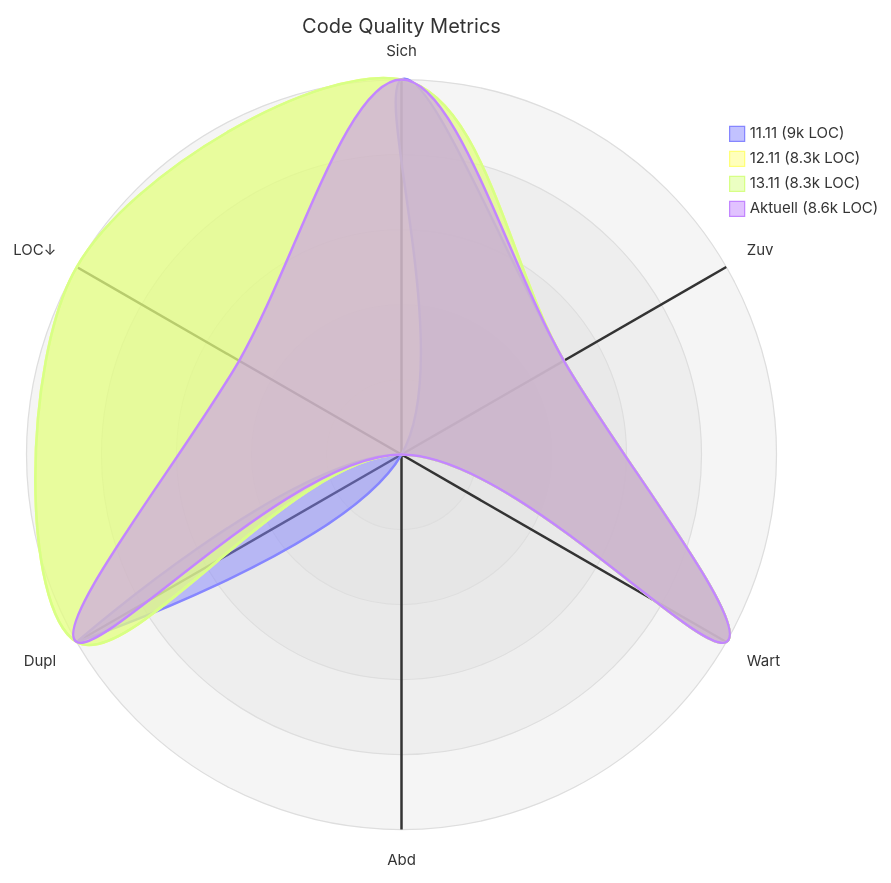
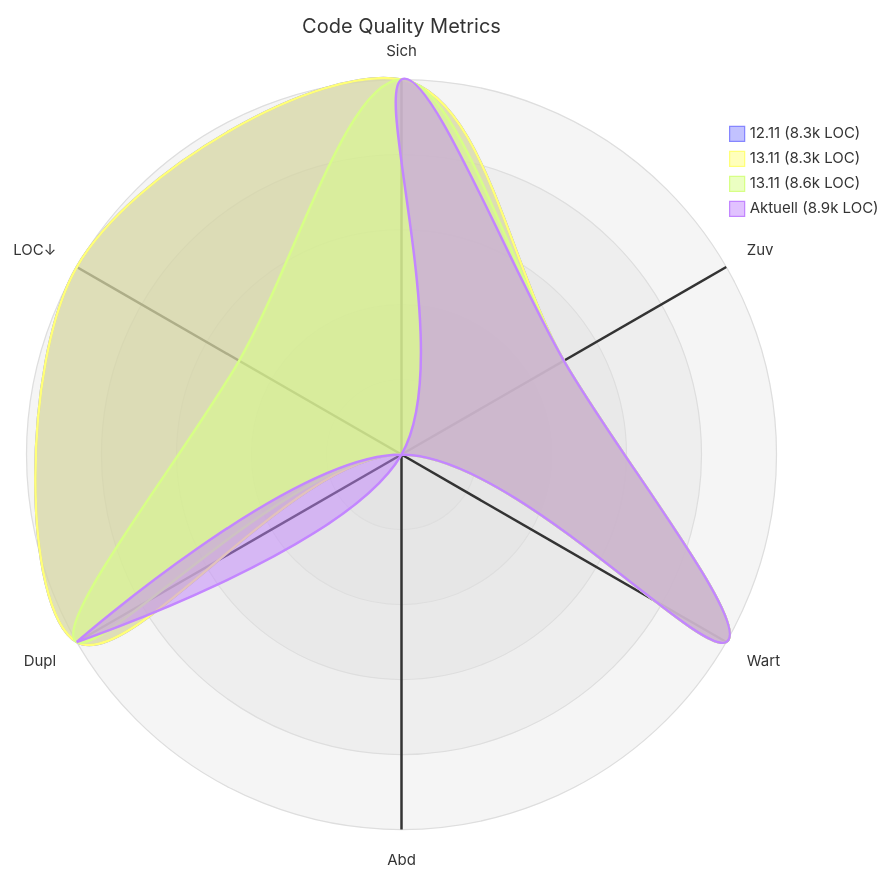
One commit to merlinbecker/rabbitMistralScribe changed the diagram in codequality/report.md. Above: the diagram before and after it, drawn with Mermaid. The commit also changed other lines of this file, not shown here.

````diff
--- a/codequality/report.md
+++ b/codequality/report.md
@@ -5,13 +5,13 @@
 ```mermaid
 ---
 title: "Code Quality Metrics"
 ---
 radar-beta
   axis s["Sich"], r["Zuv"], m["Wart"], c["Abd"], d["Dupl"], l["LOC↓"]
-  curve p_11_11_9k_LOC_["11.11 (9k LOC)"]{5, 3, 5, 0, 5, 1}
   curve p_12_11_8_3k_LOC_["12.11 (8.3k LOC)"]{5, 3, 5, 1, 5, 5}
   curve p_13_11_8_3k_LOC_["13.11 (8.3k LOC)"]{5, 3, 5, 1, 5, 5}
-  curve p_Aktuell_8_6k_LOC_["Aktuell (8.6k LOC)"]{5, 3, 5, 1, 5, 3}
+  curve p_13_11_8_6k_LOC_["13.11 (8.6k LOC)"]{5, 3, 5, 1, 5, 3}
+  curve p_Aktuell_8_9k_LOC_["Aktuell (8.9k LOC)"]{5, 3, 5, 1, 5, 1}
   max 5
   min 1
 ```
````
